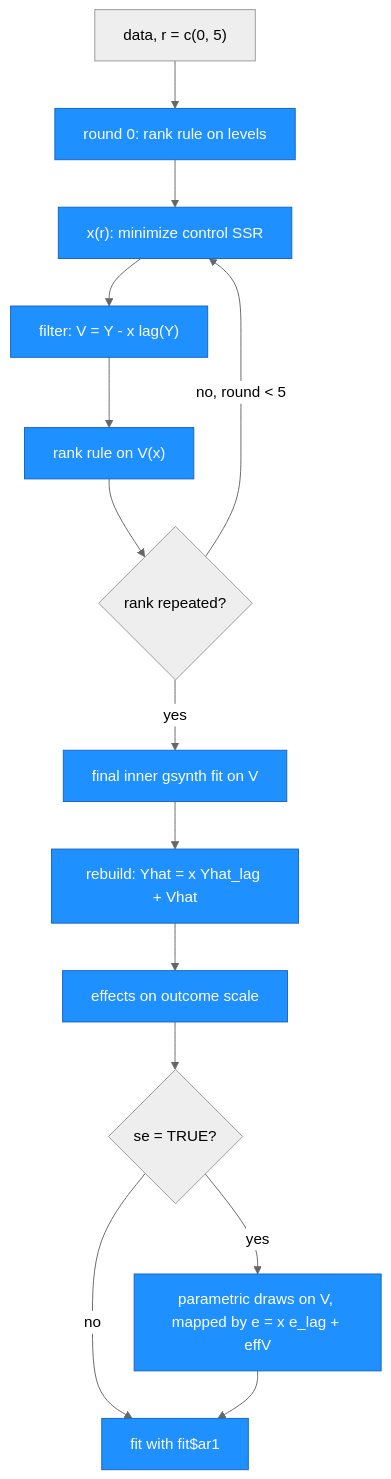
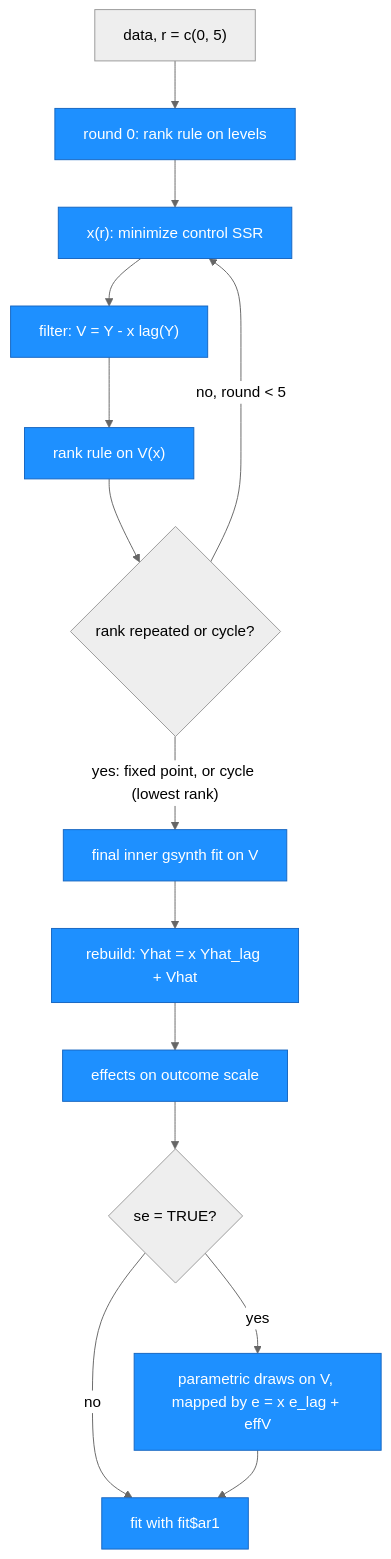
One commit to xuyiqing/fect changed the ninth of 9 diagrams in ARCHITECTURE.md. Above: the diagram before and after it, drawn with Mermaid. The commit also changed other lines of this file and 4 other files, not shown here.

Commit message:
scriber: AR(1) docs stage 2 (simulation-based guidance, amendments 2 fields, limitation, ARCHITECTURE)

````diff
--- a/ARCHITECTURE.md
+++ b/ARCHITECTURE.md
@@ -764,40 +771,40 @@
 ```mermaid
 %%{init: {'theme': 'neutral'}}%%
 graph TD
     IN["data, r = c(0, 5)"]
     R0["round 0: rank rule on levels"]
     XS["x(r): minimize control SSR"]
     FV["filter: V = Y - x lag(Y)"]
     RK["rank rule on V(x)"]
-    CV{"rank repeated?"}
+    CV{"rank repeated or cycle?"}
     FF["final inner gsynth fit on V"]
     RE["rebuild: Yhat = x Yhat_lag + Vhat"]
     EF["effects on outcome scale"]
     SQ{"se = TRUE?"}
     BS["parametric draws on V, mapped by e = x e_lag + effV"]
     OU["fit with fit$ar1"]
 
     IN --> R0
     R0 --> XS
     XS --> FV
     FV --> RK
     RK --> CV
     CV -->|"no, round < 5"| XS
-    CV -->|"yes"| FF
+    CV -->|"yes: fixed point, or cycle (lowest rank)"| FF
     FF --> RE
     RE --> EF
     EF --> SQ
     SQ -->|"yes"| BS
     SQ -->|"no"| OU
     BS --> OU
 
     style R0 fill:#1e90ff,stroke:#1565c0,color:#fff
     style XS fill:#1e90ff,stroke:#1565c0,color:#fff
     style FV fill:#1e90ff,stroke:#1565c0,color:#fff
     style RK fill:#1e90ff,stroke:#1565c0,color:#fff
     style FF fill:#1e90ff,stroke:#1565c0,color:#fff
     style RE fill:#1e90ff,stroke:#1565c0,color:#fff
     style EF fill:#1e90ff,stroke:#1565c0,color:#fff
     style BS fill:#1e90ff,stroke:#1565c0,color:#fff
     style OU fill:#1e90ff,stroke:#1565c0,color:#fff
 ```
````
